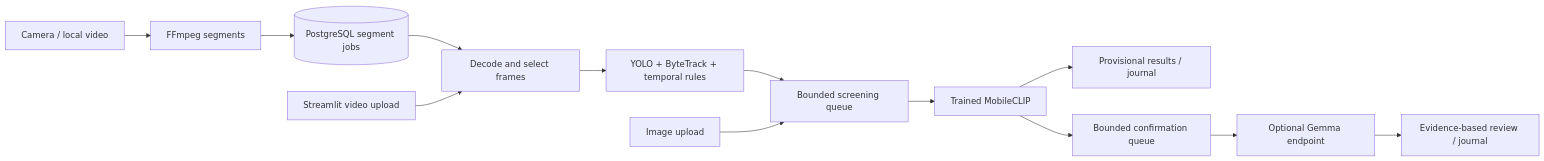
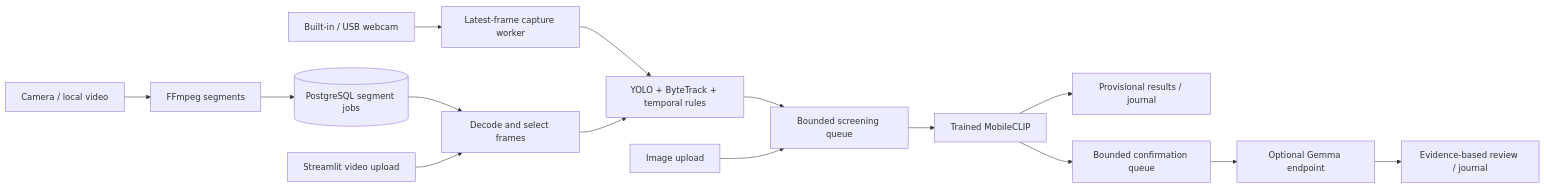
One commit to Capstone-S25/capstone_S25 changed the diagram in README.md. Above: the diagram before and after it, drawn with Mermaid. The commit also changed other lines of this file and 7 other files, not shown here.

````diff
--- a/README.md
+++ b/README.md
@@ -13,15 +13,17 @@
 ```mermaid
 flowchart LR
     C[Camera / local video] --> F[FFmpeg segments]
     F --> DB[(PostgreSQL segment jobs)]
     DB --> D[Decode and select frames]
     U[Streamlit video upload] --> D
+    W[Built-in / USB webcam] --> L[Latest-frame capture worker]
+    L --> T
     D --> T[YOLO + ByteTrack + temporal rules]
     T --> S[Bounded screening queue]
     S --> M[Trained MobileCLIP]
     M --> P[Provisional results / journal]
     M --> Q[Bounded confirmation queue]
     Q --> G[Optional Gemma endpoint]
     G --> R[Evidence-based review / journal]
     I[Image upload] --> S
 ```
````
